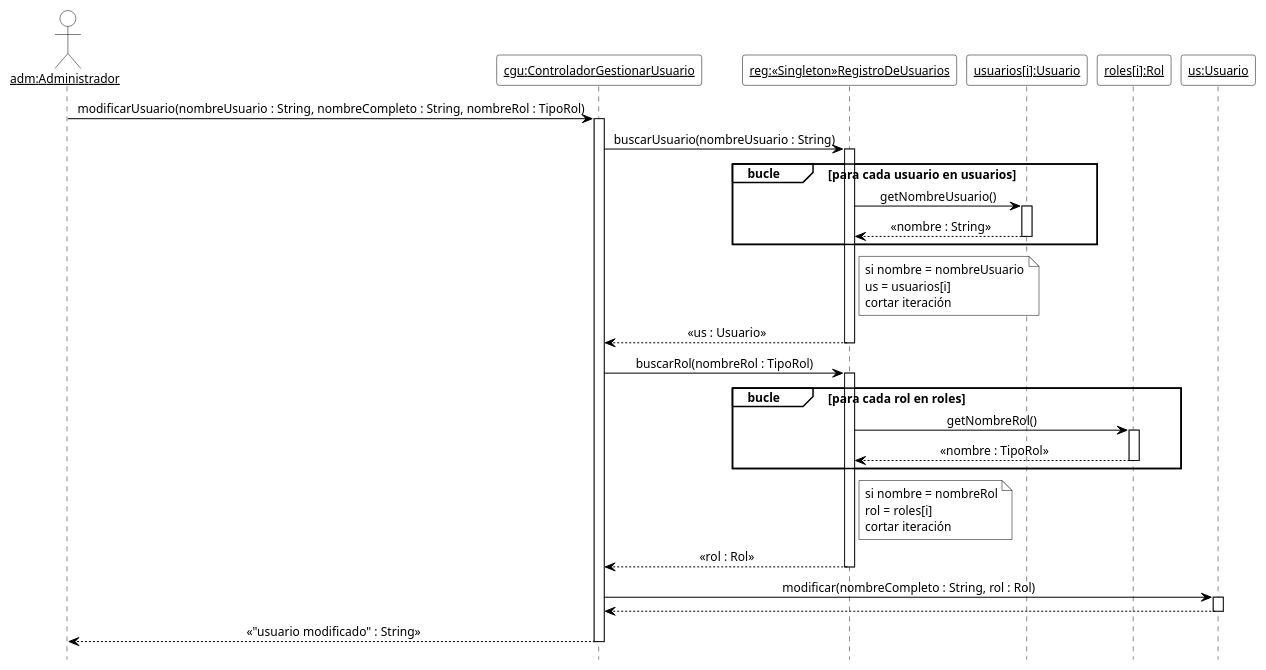
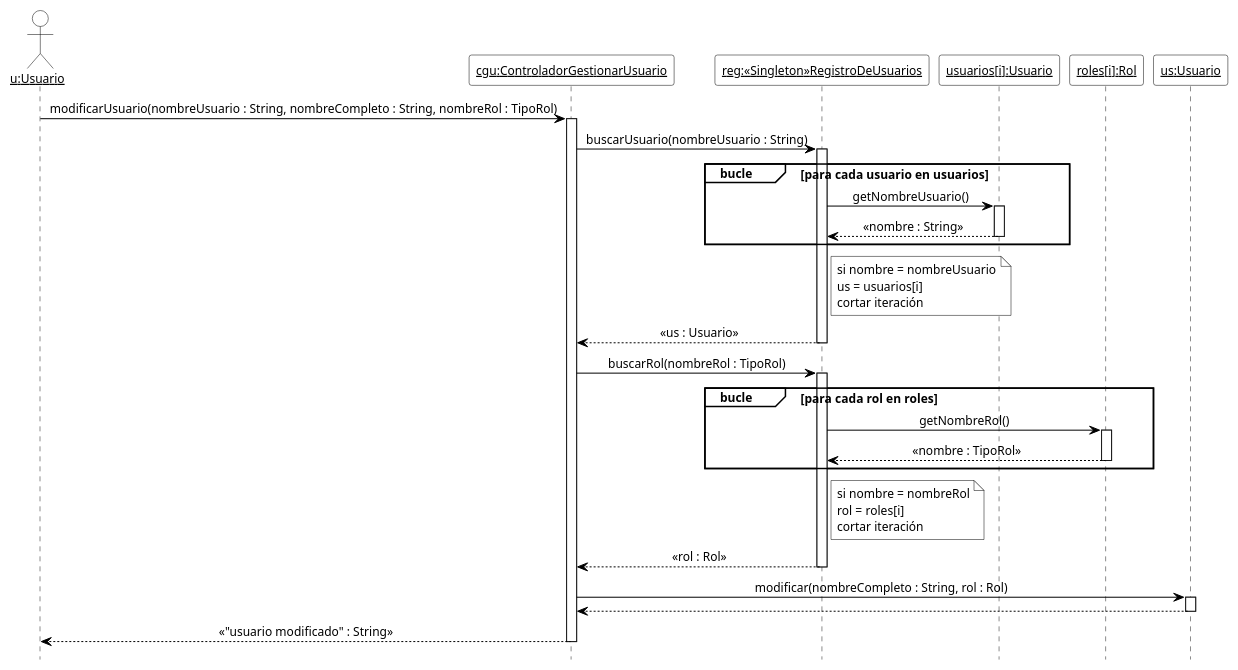
The third of 18 diagrams in 08-Diagrama De Secuencia/Diagramas_de_Secuencia.md (cirotop/Stock-Project), drawn with PlantUML before and after one commit. The commit also changed other lines of this file and 36 other files, not shown here.

````diff
--- a/08-Diagrama De Secuencia/Diagramas_de_Secuencia.md
+++ b/08-Diagrama De Secuencia/Diagramas_de_Secuencia.md
@@ -179,60 +179,60 @@
 ```plantuml
 @startuml DSD_CU-02_modificarUsuario
 ' Diagrama de Secuencia de Diseño (DSD) - CU-02 Gestionar usuario - modificarUsuario
 ' Estilo de los ejemplos de la teoría (introducirArticulo / crearNuevaVenta).
 hide footbox
 skinparam shadowing false
 skinparam defaultFontName Arial
 skinparam defaultFontSize 12
 skinparam sequenceMessageAlign center
 skinparam ArrowColor black
 skinparam ParticipantBackgroundColor white
 skinparam ParticipantBorderColor black
 skinparam CollectionsBackgroundColor white
 skinparam CollectionsBorderColor black
 skinparam ActorBackgroundColor white
 skinparam ActorBorderColor black
 skinparam LifeLineBorderColor black
 skinparam LifeLineBackgroundColor white
 skinparam SequenceGroupBackgroundColor white
 skinparam SequenceGroupBorderColor black
 skinparam SequenceGroupHeaderFontColor black
 skinparam NoteBackgroundColor white
 skinparam NoteBorderColor black
 
-actor "<u>adm:Administrador</u>" as adm
+actor "<u>u:Usuario</u>" as u
 participant "<u>cgu:ControladorGestionarUsuario</u>" as cgu
 participant "<u>reg:«Singleton»RegistroDeUsuarios</u>" as reg
 participant "<u>usuarios[i]:Usuario</u>" as ui
 participant "<u>roles[i]:Rol</u>" as ri
 participant "<u>us:Usuario</u>" as us
 
-adm -> cgu ++ : modificarUsuario(nombreUsuario : String, nombreCompleto : String, nombreRol : TipoRol)
+u -> cgu ++ : modificarUsuario(nombreUsuario : String, nombreCompleto : String, nombreRol : TipoRol)
 cgu -> reg ++ : buscarUsuario(nombreUsuario : String)
 group bucle [para cada usuario en usuarios]
   reg -> ui ++ : getNombreUsuario()
   ui --> reg -- : «nombre : String»
 end
 note right of reg
   si nombre = nombreUsuario
   us = usuarios[i]
   cortar iteración
 end note
 reg --> cgu -- : «us : Usuario»
 cgu -> reg ++ : buscarRol(nombreRol : TipoRol)
 group bucle [para cada rol en roles]
   reg -> ri ++ : getNombreRol()
   ri --> reg -- : «nombre : TipoRol»
 end
 note right of reg
   si nombre = nombreRol
   rol = roles[i]
   cortar iteración
 end note
 reg --> cgu -- : «rol : Rol»
 cgu -> us ++ : modificar(nombreCompleto : String, rol : Rol)
 us --> cgu --
-cgu --> adm -- : «"usuario modificado" : String»
+cgu --> u -- : «"usuario modificado" : String»
 
 @enduml
 ```
````
